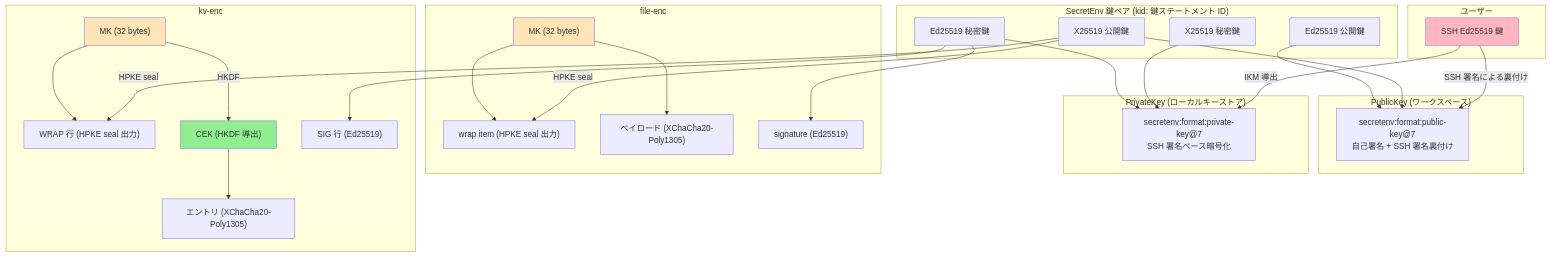
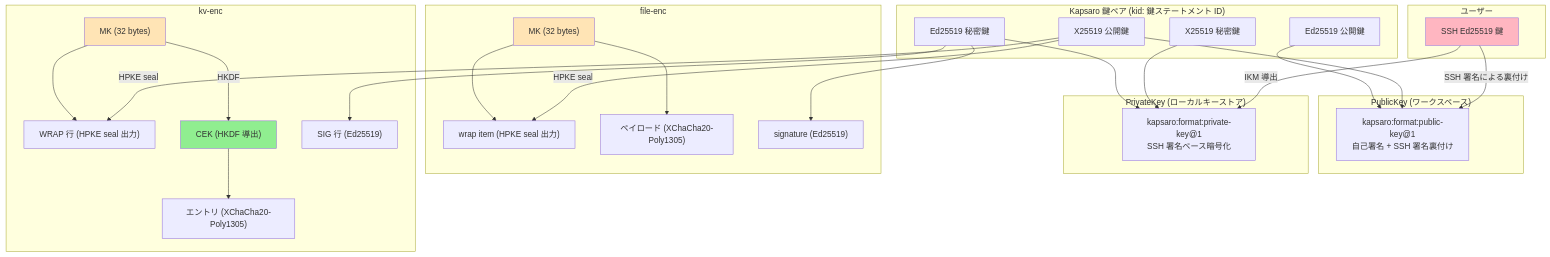
One commit to ebisawa/kapsaro changed the sixth of 6 diagrams in guides/security_design_ja.md. Above: the diagram before and after it, drawn with Mermaid. The commit also changed other lines of this file and 1011 other files, not shown here.

First line of the commit message:
chore: rebrand project from secretenv to kapsaro

````diff
--- a/guides/security_design_ja.md
+++ b/guides/security_design_ja.md
@@ -1571,59 +1571,59 @@
 ```mermaid
 graph TB
     subgraph user["ユーザー"]
         SSH["SSH Ed25519 鍵"]
     end
 
-    subgraph secretenv_keys["SecretEnv 鍵ペア (kid: 鍵ステートメント ID)"]
+    subgraph kapsaro_keys["Kapsaro 鍵ペア (kid: 鍵ステートメント ID)"]
         KEM_PK["X25519 公開鍵"]
         KEM_SK["X25519 秘密鍵"]
         SIG_PK["Ed25519 公開鍵"]
         SIG_SK["Ed25519 秘密鍵"]
     end
 
     subgraph public_key["PublicKey (ワークスペース)"]
-        PK_DOC["secretenv:format:public-key@7<br/>自己署名 + SSH 署名裏付け"]
+        PK_DOC["kapsaro:format:public-key@1<br/>自己署名 + SSH 署名裏付け"]
     end
 
     subgraph private_key["PrivateKey (ローカルキーストア)"]
-        PK_ENC["secretenv:format:private-key@7<br/>SSH 署名ベース暗号化"]
+        PK_ENC["kapsaro:format:private-key@1<br/>SSH 署名ベース暗号化"]
     end
 
     subgraph file_enc["file-enc"]
         FILE_MK["MK (32 bytes)"]
         FILE_WRAP["wrap item (HPKE seal 出力)"]
         FILE_PAYLOAD["ペイロード (XChaCha20-Poly1305)"]
         FILE_SIG["signature (Ed25519)"]
     end
 
     subgraph kv_enc["kv-enc"]
         MK["MK (32 bytes)"]
         KV_WRAP["WRAP 行 (HPKE seal 出力)"]
         CEK["CEK (HKDF 導出)"]
         ENTRY["エントリ (XChaCha20-Poly1305)"]
         KV_SIG["SIG 行 (Ed25519)"]
     end
 
     SSH -->|SSH 署名による裏付け| PK_DOC
     SSH -->|IKM 導出| PK_ENC
     KEM_PK --> PK_DOC
     SIG_PK --> PK_DOC
     KEM_SK --> PK_ENC
     SIG_SK --> PK_ENC
 
     KEM_PK -->|HPKE seal| FILE_WRAP
     KEM_PK -->|HPKE seal| KV_WRAP
     FILE_MK --> FILE_WRAP
     FILE_MK --> FILE_PAYLOAD
     SIG_SK --> FILE_SIG
 
     MK --> KV_WRAP
     MK -->|HKDF| CEK
     CEK --> ENTRY
     SIG_SK --> KV_SIG
 
     style SSH fill:#FFB6C1
     style FILE_MK fill:#FFE4B5
     style MK fill:#FFE4B5
     style CEK fill:#90EE90
 ```
````
